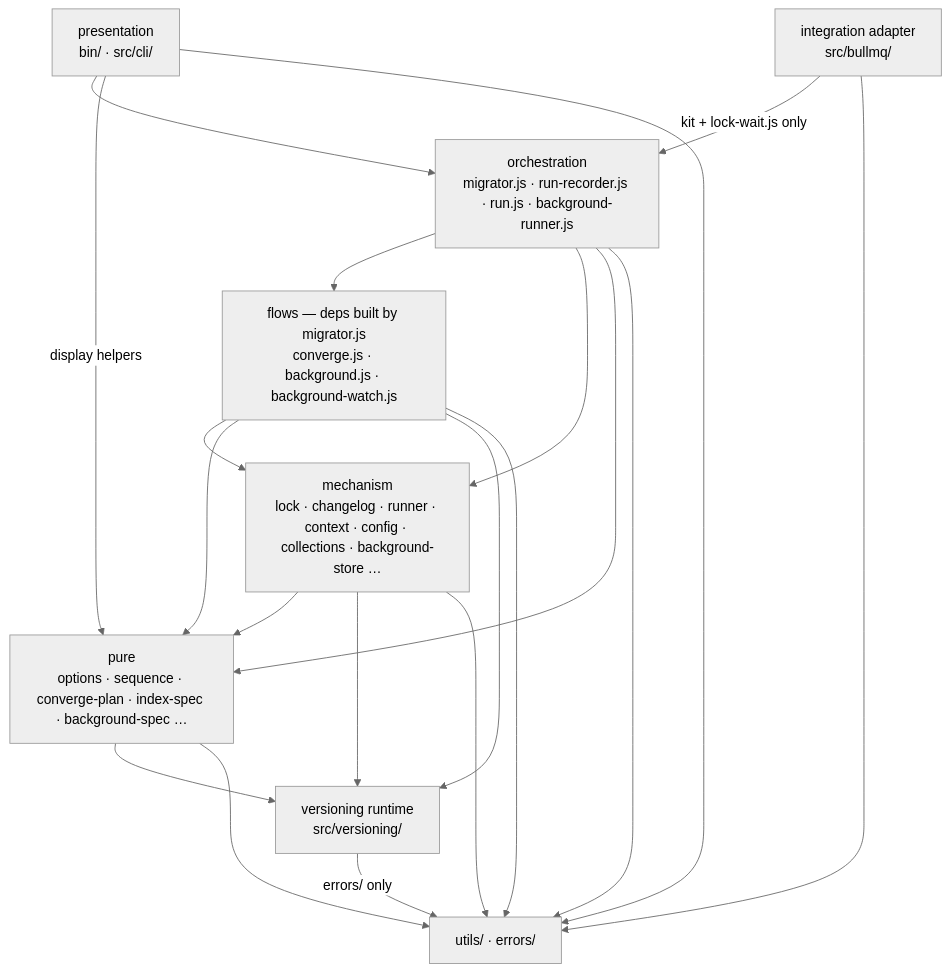
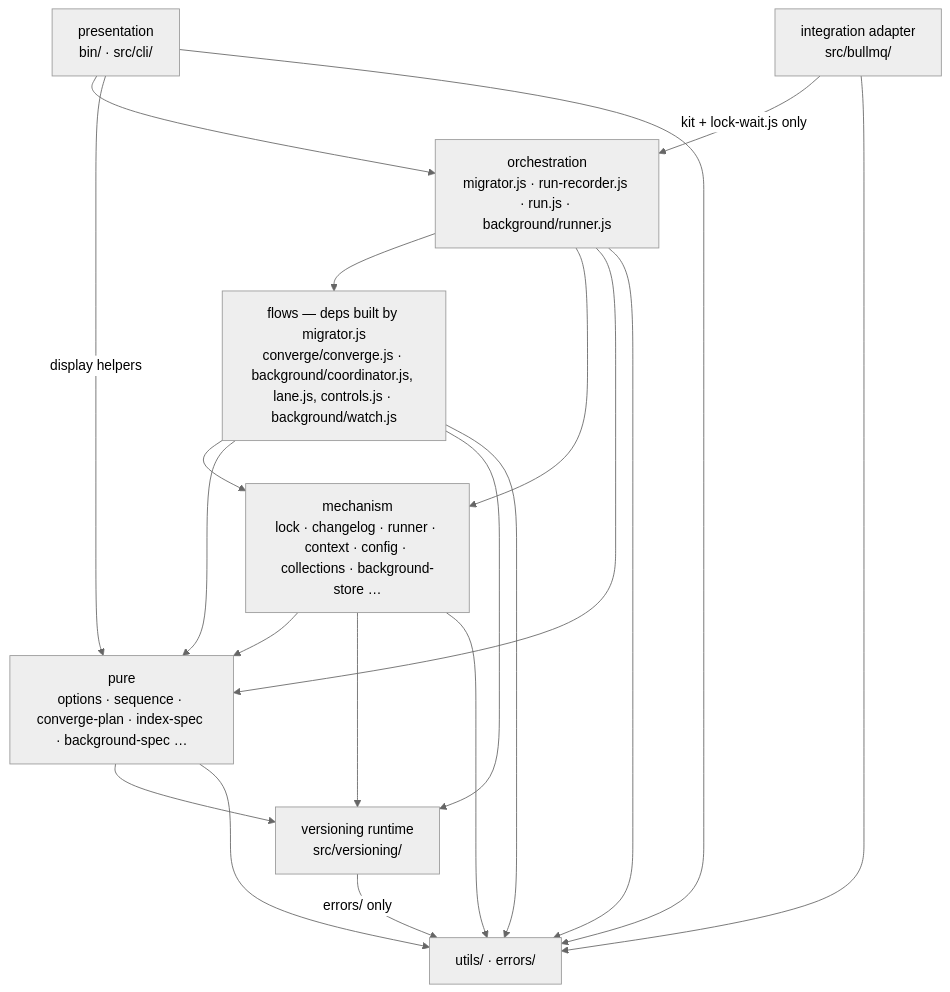
One commit to Alexis-Technologies/migronaut changed the second of 4 diagrams in ARCHITECTURE.md. Above: the diagram before and after it, drawn with Mermaid (neutral theme). The commit also changed other lines of this file and 310 other files, not shown here.

````diff
--- a/ARCHITECTURE.md
+++ b/ARCHITECTURE.md
@@ -240,27 +251,27 @@
 ```mermaid
 flowchart TB
   accTitle: The layers and what each requires
   PRES["presentation<br/>bin/ · src/cli/"]
   ADAPT["integration adapter<br/>src/bullmq/"]
-  ORCH["orchestration<br/>migrator.js · run-recorder.js · run.js · background-runner.js"]
-  FLOW["flows — deps built by migrator.js<br/>converge.js · background.js · background-watch.js"]
+  ORCH["orchestration<br/>migrator.js · run-recorder.js · run.js · background/runner.js"]
+  FLOW["flows — deps built by migrator.js<br/>converge/converge.js · background/coordinator.js, lane.js, controls.js · background/watch.js"]
   MECH["mechanism<br/>lock · changelog · runner · context · config · collections · background-store …"]
   PURE["pure<br/>options · sequence · converge-plan · index-spec · background-spec …"]
   VERS["versioning runtime<br/>src/versioning/"]
   BASE["utils/ · errors/"]
 
   PRES --> ORCH
   PRES -- "display helpers" --> PURE
   ADAPT -- "kit + lock-wait.js only" --> ORCH
   ORCH --> FLOW
   ORCH --> MECH
   ORCH --> PURE
   FLOW --> MECH
   FLOW --> PURE
   MECH --> PURE
   FLOW --> VERS
   MECH --> VERS
   PURE --> VERS
   ORCH & FLOW & MECH & PURE & PRES & ADAPT --> BASE
   VERS -- "errors/ only" --> BASE
 ```
````
